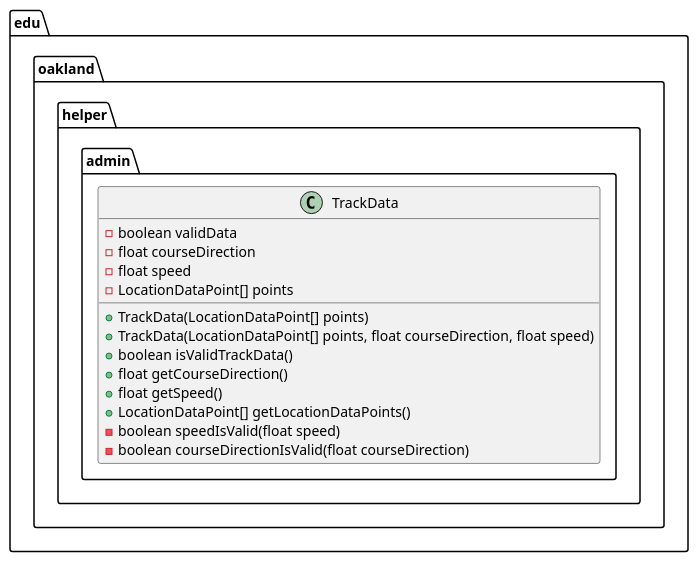
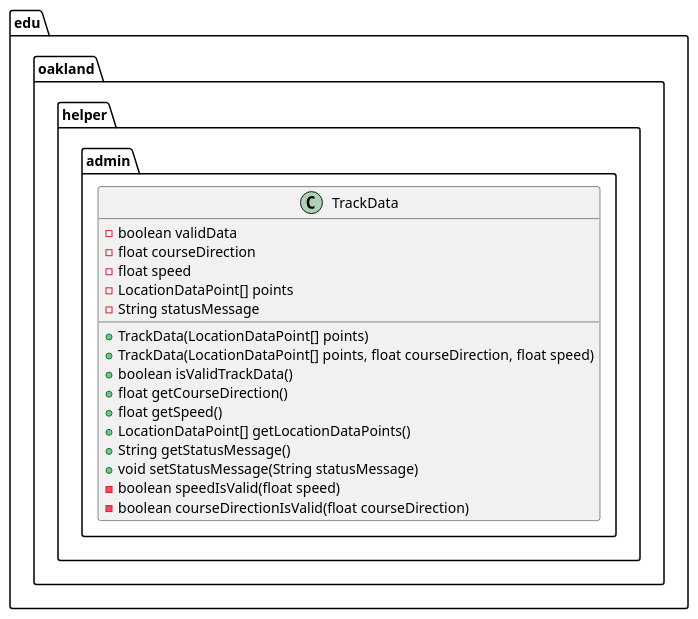
Before and after one commit to andrewdimmer/csi-3370-software-project: the diagram in docs/uml-class-diagrams/admin/helper/TrackData/TrackData.puml, drawn with PlantUML.

Commit message:
[Admin] Added Status Message to TrackData

```diff
--- a/docs/uml-class-diagrams/admin/helper/TrackData/TrackData.puml
+++ b/docs/uml-class-diagrams/admin/helper/TrackData/TrackData.puml
@@ -1,20 +1,23 @@
 @startuml TrackData
 
 package edu.oakland.helper.admin {
     class TrackData {
         - boolean validData
         - float courseDirection
         - float speed
         - LocationDataPoint[] points
+        - String statusMessage
         + TrackData(LocationDataPoint[] points)
         + TrackData(LocationDataPoint[] points, float courseDirection, float speed)
         + boolean isValidTrackData()
         + float getCourseDirection()
         + float getSpeed()
         + LocationDataPoint[] getLocationDataPoints()
+        + String getStatusMessage()
+        + void setStatusMessage(String statusMessage)
         - boolean speedIsValid(float speed)
         - boolean courseDirectionIsValid(float courseDirection)
     }
 }
 
 @enduml
```
